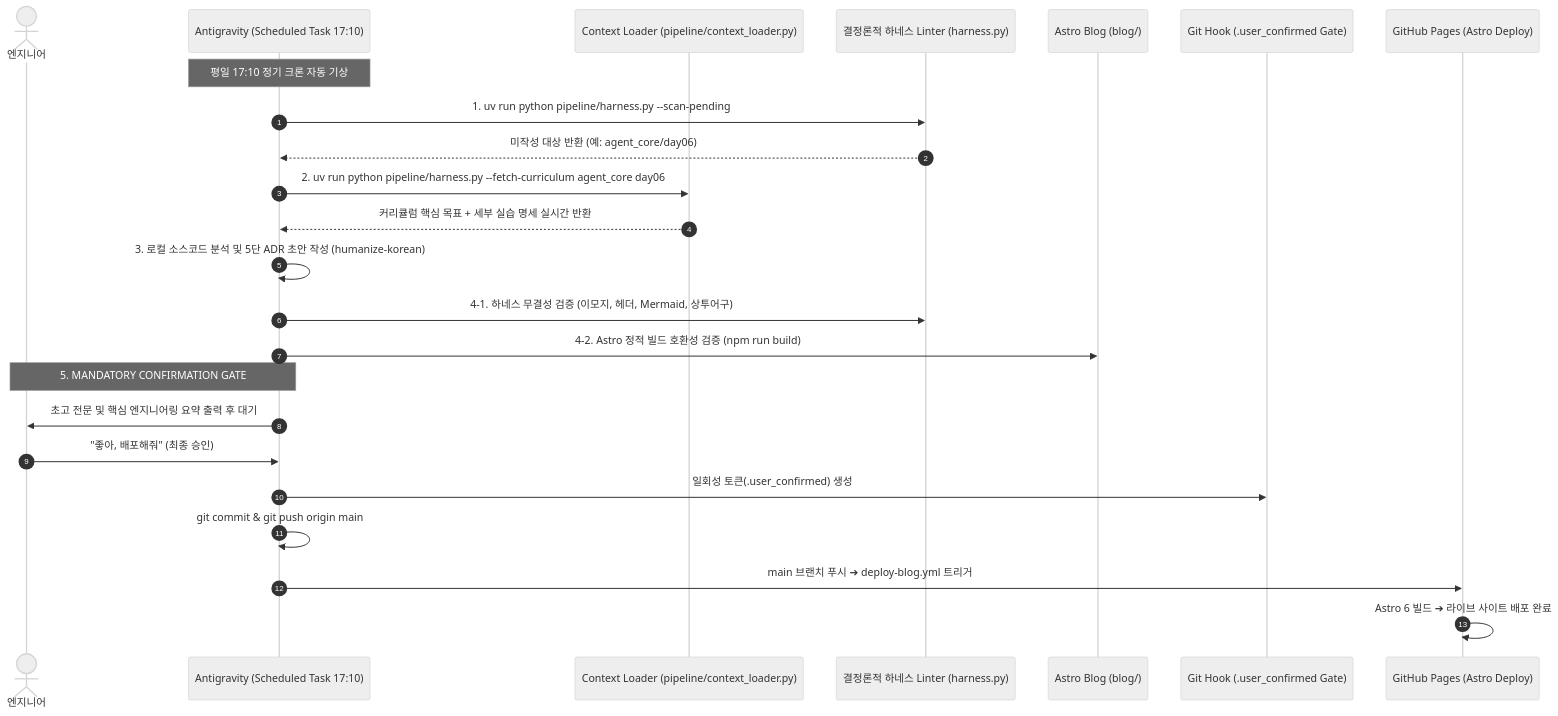
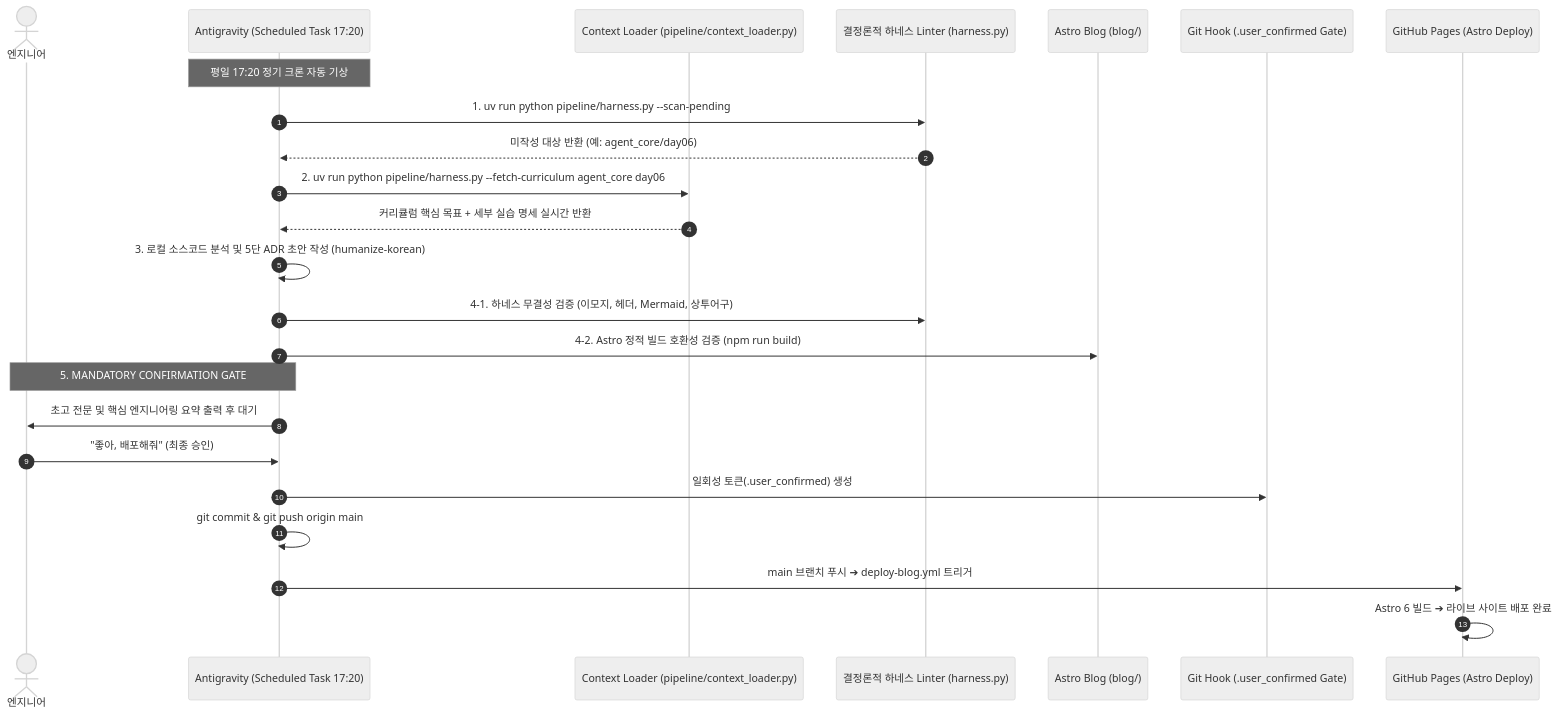
One commit to mmmphyun/security-agent-toolkit changed the diagram in README.md. Above: the diagram before and after it, drawn with Mermaid (neutral theme). The commit also changed other lines of this file and 2 other files, not shown here.

````diff
--- a/README.md
+++ b/README.md
@@ -58,33 +58,33 @@
 ```mermaid
 sequenceDiagram
     autonumber
     actor Dev as 엔지니어
-    participant AGY as Antigravity (Scheduled Task 17:10)
+    participant AGY as Antigravity (Scheduled Task 17:20)
     participant Context as Context Loader (pipeline/context_loader.py)
     participant Harness as 결정론적 하네스 Linter (harness.py)
     participant Astro as Astro Blog (blog/)
     participant Hook as Git Hook (.user_confirmed Gate)
     participant GH as GitHub Pages (Astro Deploy)
 
-    Note over AGY: 평일 17:10 정기 크론 자동 기상
+    Note over AGY: 평일 17:20 정기 크론 자동 기상
     AGY->>Harness: 1. uv run python pipeline/harness.py --scan-pending
     Harness-->>AGY: 미작성 대상 반환 (예: agent_core/day06)
     
     AGY->>Context: 2. uv run python pipeline/harness.py --fetch-curriculum agent_core day06
     Context-->>AGY: 커리큘럼 핵심 목표 + 세부 실습 명세 실시간 반환
     
     AGY->>AGY: 3. 로컬 소스코드 분석 및 5단 ADR 초안 작성 (humanize-korean)
     
     AGY->>Harness: 4-1. 하네스 무결성 검증 (이모지, 헤더, Mermaid, 상투어구)
     AGY->>Astro: 4-2. Astro 정적 빌드 호환성 검증 (npm run build)
     
     Note over AGY,Dev: 5. MANDATORY CONFIRMATION GATE
     AGY->>Dev: 초고 전문 및 핵심 엔지니어링 요약 출력 후 대기
     
     Dev->>AGY: "좋아, 배포해줘" (최종 승인)
     AGY->>Hook: 일회성 토큰(.user_confirmed) 생성
     AGY->>AGY: git commit & git push origin main
     
     AGY->>GH: main 브랜치 푸시 ➔ deploy-blog.yml 트리거
     GH->>GH: Astro 6 빌드 ➔ 라이브 사이트 배포 완료
 ```
````
